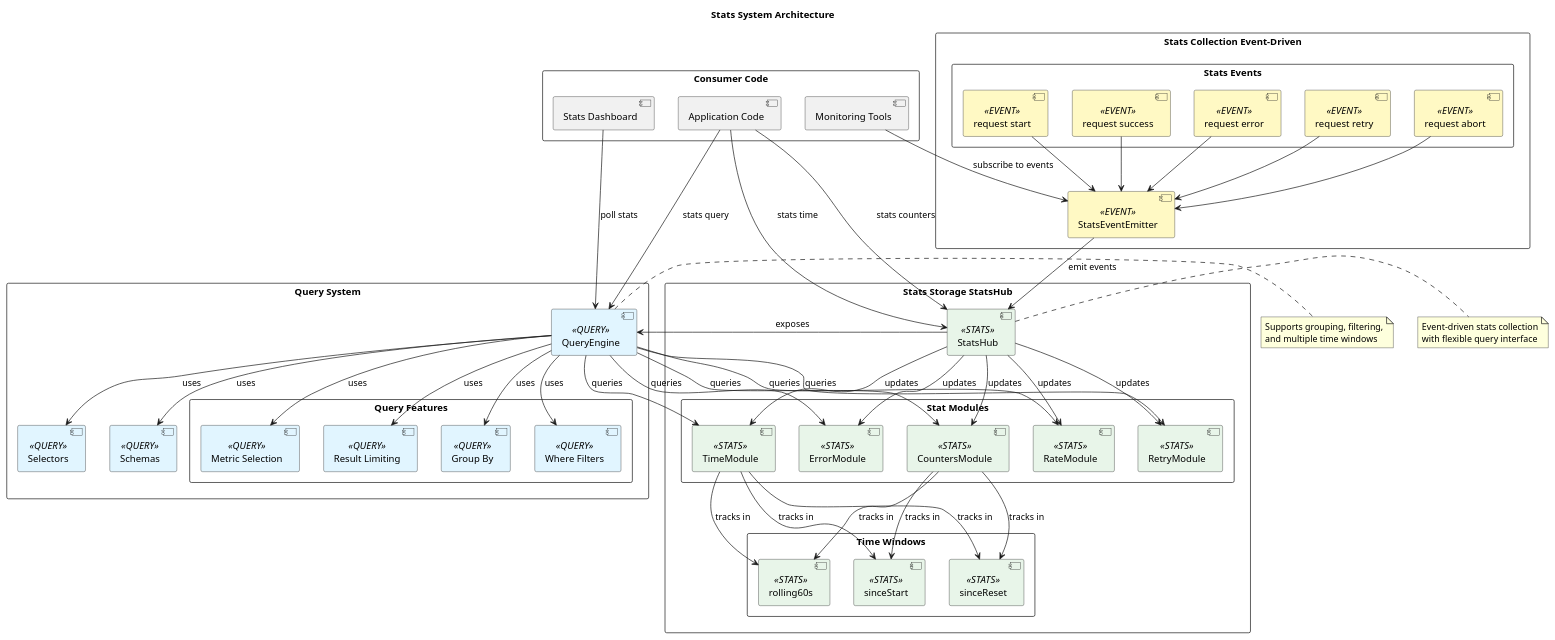
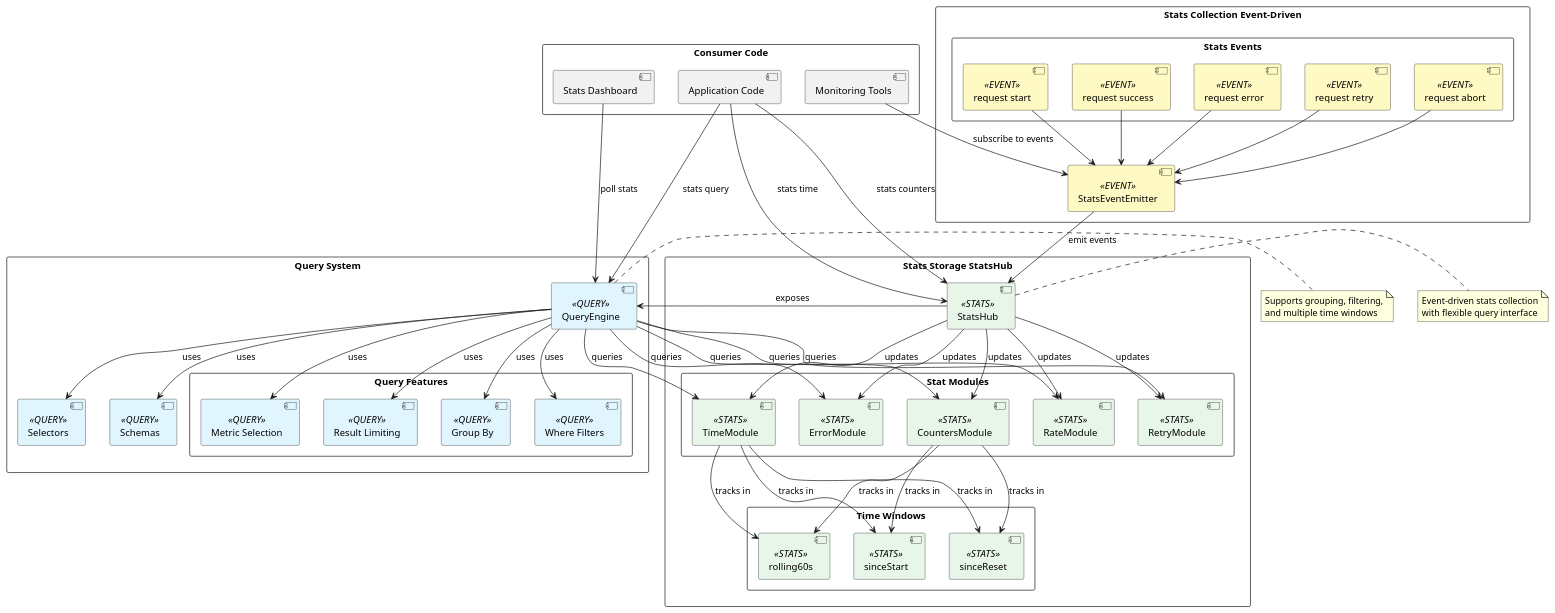
One commit to miller-28/luminara changed the diagram in docs/uml/05-stats-system.puml. Above: the diagram before and after it, drawn with PlantUML. The commit also changed 52 other files, not shown here.

```diff
--- a/docs/uml/05-stats-system.puml
+++ b/docs/uml/05-stats-system.puml
@@ -1,120 +1,119 @@
-@startuml
-title Stats System Architecture
+@startuml Stats System Architecture
 
 skinparam packageStyle rectangle
 skinparam backgroundColor white
 skinparam component {
   BackgroundColor<<STATS>> #E8F5E9
   BackgroundColor<<EVENT>> #FFF9C4
   BackgroundColor<<QUERY>> #E1F5FF
 }
 
 package "Stats Collection Event-Driven" {
   component StatsEventEmitter as EMITTER <<EVENT>>
   
   package "Stats Events" {
     component "request start" as REQ_START <<EVENT>>
     component "request success" as REQ_SUCCESS <<EVENT>>
     component "request error" as REQ_ERROR <<EVENT>>
     component "request retry" as REQ_RETRY <<EVENT>>
     component "request abort" as REQ_ABORT <<EVENT>>
   }
 }
 
 package "Stats Storage StatsHub" {
   component StatsHub as HUB <<STATS>>
   
   package "Stat Modules" {
     component CountersModule as COUNTERS <<STATS>>
     component TimeModule as TIME <<STATS>>
     component RateModule as RATE <<STATS>>
     component RetryModule as RETRY_MOD <<STATS>>
     component ErrorModule as ERROR_MOD <<STATS>>
   }
   
   package "Time Windows" {
     component rolling60s as ROLLING <<STATS>>
     component sinceStart as SINCE_START <<STATS>>
     component sinceReset as SINCE_RESET <<STATS>>
   }
 }
 
 package "Query System" {
   component QueryEngine as QUERY_ENGINE <<QUERY>>
   
   package "Query Features" {
     component "Group By" as GROUP_BY <<QUERY>>
     component "Where Filters" as WHERE <<QUERY>>
     component "Metric Selection" as METRICS <<QUERY>>
     component "Result Limiting" as LIMIT <<QUERY>>
   }
   
   component Selectors as SELECTORS <<QUERY>>
   component Schemas as SCHEMAS <<QUERY>>
 }
 
 package "Consumer Code" {
   component "Application Code" as USER
   component "Stats Dashboard" as DASHBOARD
   component "Monitoring Tools" as MONITOR
 }
 
 ' Event flow
 REQ_START --> EMITTER
 REQ_SUCCESS --> EMITTER
 REQ_ERROR --> EMITTER
 REQ_RETRY --> EMITTER
 REQ_ABORT --> EMITTER
 
 EMITTER --> HUB : emit events
 
 ' Stats storage
 HUB --> COUNTERS : updates
 HUB --> TIME : updates
 HUB --> RATE : updates
 HUB --> RETRY_MOD : updates
 HUB --> ERROR_MOD : updates
 
 COUNTERS --> ROLLING : tracks in
 COUNTERS --> SINCE_START : tracks in
 COUNTERS --> SINCE_RESET : tracks in
 
 TIME --> ROLLING : tracks in
 TIME --> SINCE_START : tracks in
 TIME --> SINCE_RESET : tracks in
 
 ' Query flow
 HUB --> QUERY_ENGINE : exposes
 
 QUERY_ENGINE --> GROUP_BY : uses
 QUERY_ENGINE --> WHERE : uses
 QUERY_ENGINE --> METRICS : uses
 QUERY_ENGINE --> LIMIT : uses
 QUERY_ENGINE --> SELECTORS : uses
 QUERY_ENGINE --> SCHEMAS : uses
 
 QUERY_ENGINE --> COUNTERS : queries
 QUERY_ENGINE --> TIME : queries
 QUERY_ENGINE --> RATE : queries
 QUERY_ENGINE --> RETRY_MOD : queries
 QUERY_ENGINE --> ERROR_MOD : queries
 
 ' Consumer access
 USER --> QUERY_ENGINE : stats query
 USER --> HUB : stats counters
 USER --> HUB : stats time
 
 DASHBOARD --> QUERY_ENGINE : poll stats
 MONITOR --> EMITTER : subscribe to events
 
 note right of HUB
   Event-driven stats collection
   with flexible query interface
 end note
 
 note right of QUERY_ENGINE
   Supports grouping, filtering,
   and multiple time windows
 end note
 
 @enduml
```
